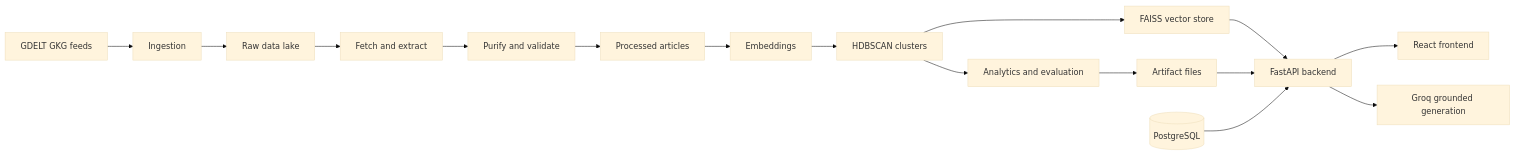
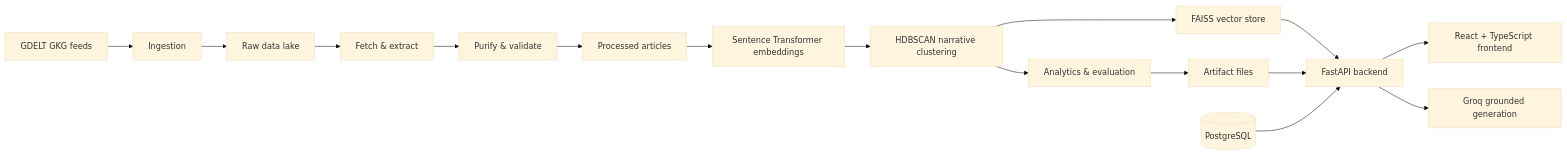
The diagram in README.md (surajsingh8204/Vanguard), drawn with Mermaid (base theme) before and after one commit. The commit also changed other lines of this file, not shown here.

````diff
--- a/README.md
+++ b/README.md
@@ -163,18 +84,18 @@
 ```mermaid
 flowchart LR
     G[GDELT GKG feeds] --> I[Ingestion]
     I --> R[Raw data lake]
-    R --> E[Fetch and extract]
-    E --> Q[Purify and validate]
+    R --> E[Fetch & extract]
+    E --> Q[Purify & validate]
     Q --> P[Processed articles]
-    P --> M[Embeddings]
-    M --> C[HDBSCAN clusters]
+    P --> M[Sentence Transformer embeddings]
+    M --> C[HDBSCAN narrative clustering]
     C --> V[FAISS vector store]
-    C --> A[Analytics and evaluation]
+    C --> A[Analytics & evaluation]
     A --> F[Artifact files]
     V --> B[FastAPI backend]
     F --> B
     D[(PostgreSQL)] --> B
-    B --> W[React frontend]
+    B --> W[React + TypeScript frontend]
     B --> L[Groq grounded generation]
 ```
````
